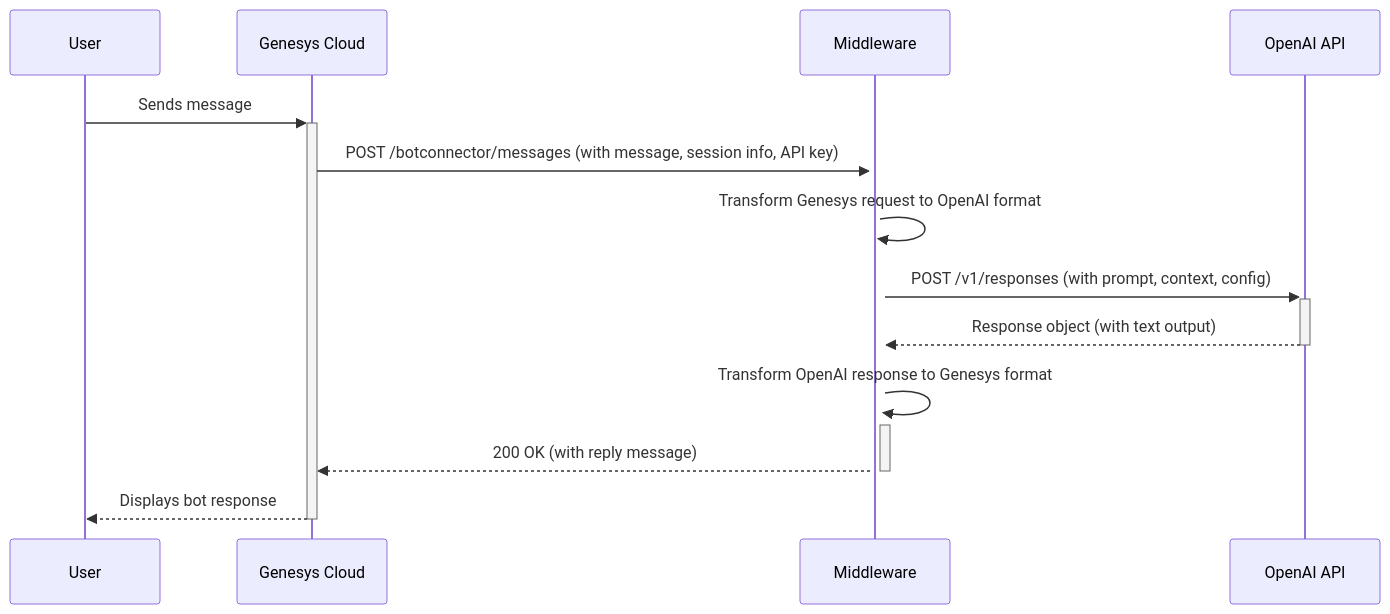
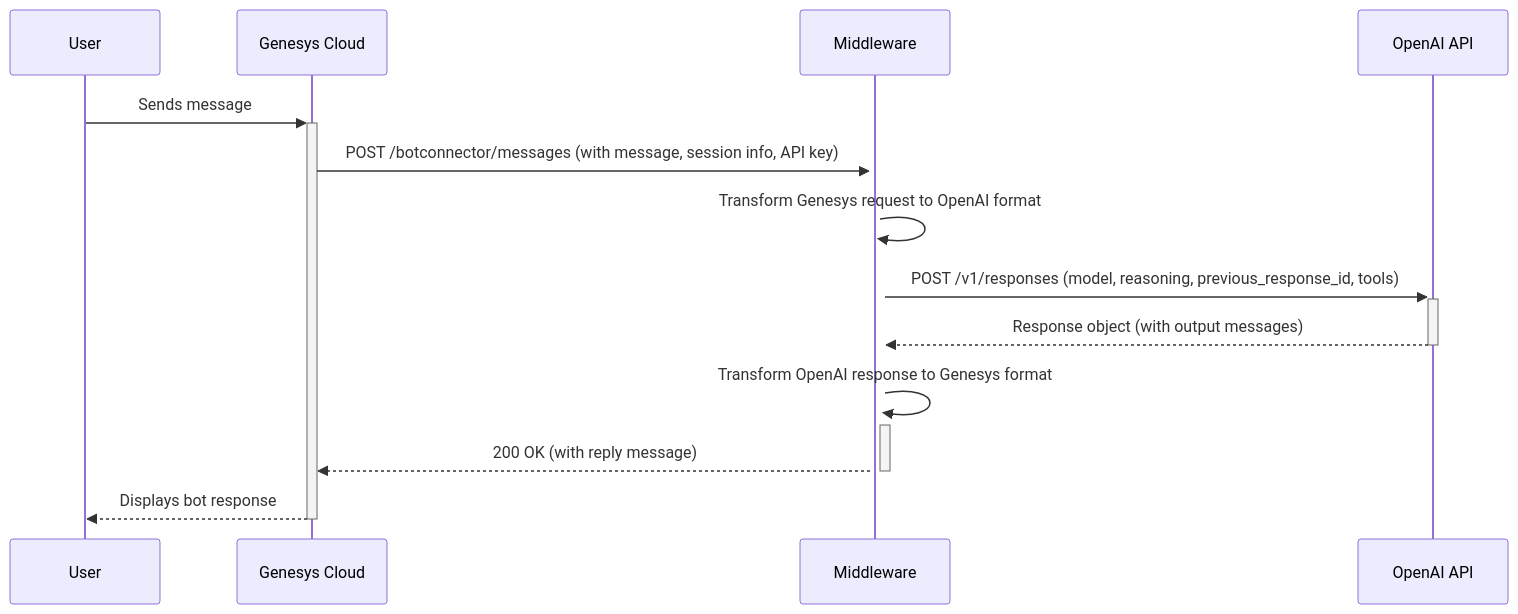
The diagram in README.md (DOAGenesys/DigitalBotConnector_v2_OpenAIResponsesAPI), drawn with Mermaid before and after one commit. The commit also changed other lines of this file and 17 other files, not shown here.

First line of the commit message:
Update OpenAI Responses API integration for GPT-6.1 Terra and GPT-6 Luna

````diff
--- a/README.md
+++ b/README.md
@@ -21,16 +22,16 @@
 ```mermaid
 sequenceDiagram
     participant User
     participant Genesys Cloud
     participant Middleware
     participant OpenAI API
     
     User->>+Genesys Cloud: Sends message
     Genesys Cloud->>+Middleware: POST /botconnector/messages (with message, session info, API key)
     Middleware->>+Middleware: Transform Genesys request to OpenAI format
-    Middleware->>+OpenAI API: POST /v1/responses (with prompt, context, config)
-    OpenAI API-->>-Middleware: Response object (with text output)
+    Middleware->>+OpenAI API: POST /v1/responses (model, reasoning, previous_response_id, tools)
+    OpenAI API-->>-Middleware: Response object (with output messages)
     Middleware->>+Middleware: Transform OpenAI response to Genesys format
     Middleware-->>-Genesys Cloud: 200 OK (with reply message)
     Genesys Cloud-->>-User: Displays bot response
 ```
````
